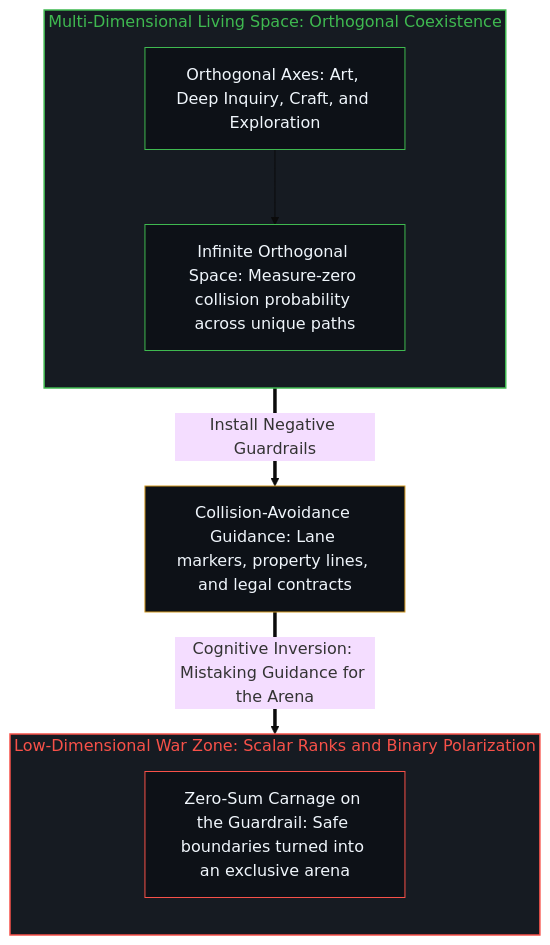
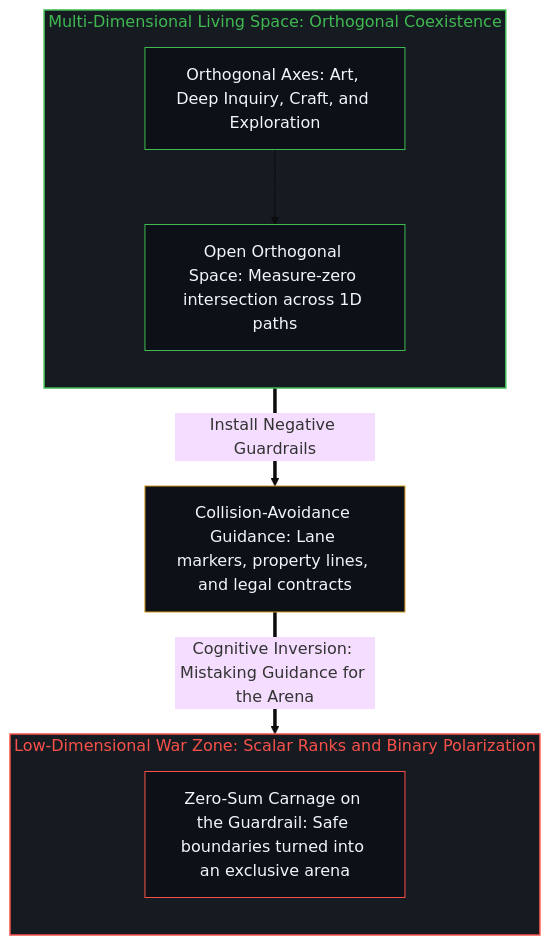
Before and after one commit to powerpig99/not-a-toe: the sixth of 10 diagrams in content/posts/the-shadow-and-the-infinite.md, drawn with Mermaid (base theme). The commit also changed other lines of this file and 13 other files, not shown here.

````diff
--- a/content/posts/the-shadow-and-the-infinite.md
+++ b/content/posts/the-shadow-and-the-infinite.md
@@ -168,22 +168,22 @@
 ```mermaid
 flowchart TD
     subgraph HighDManifold["Multi-Dimensional Living Space: Orthogonal Coexistence"]
         direction TB
         DirectionA["Orthogonal Axes: Art, Deep Inquiry, Craft, and Exploration"]
-        CoexistenceNotice["Infinite Orthogonal Space: Measure-zero collision probability across unique paths"]
+        CoexistenceNotice["Open Orthogonal Space: Measure-zero intersection across 1D paths"]
         DirectionA --> CoexistenceNotice
     end
     LowDGuidance["Collision-Avoidance Guidance: Lane markers, property lines, and legal contracts"]
     subgraph LowDWarZone["Low-Dimensional War Zone: Scalar Ranks and Binary Polarization"]
         direction TB
         ClashPoint["Zero-Sum Carnage on the Guardrail: Safe boundaries turned into an exclusive arena"]
     end
     CoexistenceNotice ==>|"Install Negative Guardrails"| LowDGuidance
     LowDGuidance ==>|"Cognitive Inversion: Mistaking Guidance for the Arena"| ClashPoint
     style HighDManifold fill:#161b22,stroke:#3fb950,stroke-width:1.5px,color:#3fb950
     style LowDWarZone fill:#161b22,stroke:#f85149,stroke-width:1.5px,color:#f85149
     style DirectionA fill:#0d1117,stroke:#3fb950,stroke-width:1px,color:#f0f6fc
     style CoexistenceNotice fill:#0d1117,stroke:#3fb950,stroke-width:1px,color:#f0f6fc
     style LowDGuidance fill:#0d1117,stroke:#d29922,stroke-width:1px,color:#f0f6fc
     style ClashPoint fill:#0d1117,stroke:#f85149,stroke-width:1px,color:#f0f6fc
 ```
````
